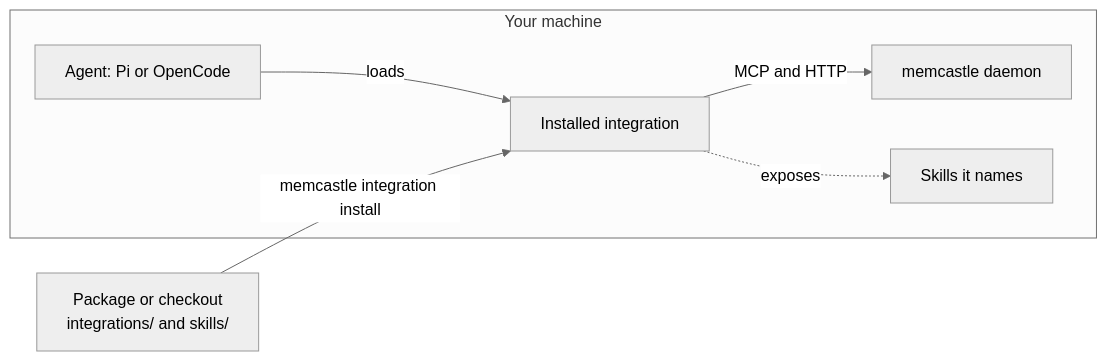
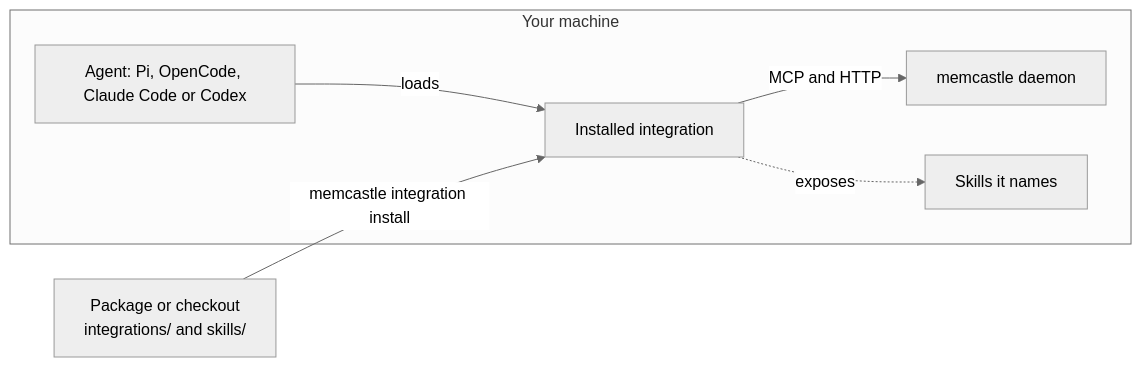
Before and after one commit to noirbizarre/memcastle: the first of 2 diagrams in docs/integrations.md, drawn with Mermaid (neutral theme). The commit also changed other lines of this file and 33 other files, not shown here.

Commit message:
feat(codex): add Codex integration and history source (#248)

````diff
--- a/docs/integrations.md
+++ b/docs/integrations.md
@@ -14,9 +15,9 @@
 ```mermaid
 flowchart LR
     subgraph machine[Your machine]
-        A[Agent: Pi or OpenCode] -->|loads| I[Installed integration]
+        A[Agent: Pi, OpenCode, Claude Code or Codex] -->|loads| I[Installed integration]
         I -->|MCP and HTTP| D[memcastle daemon]
         I -.->|exposes| S[Skills it names]
     end
     P[Package or checkout<br/>integrations/ and skills/] -->|memcastle integration install| I
 ```
````
